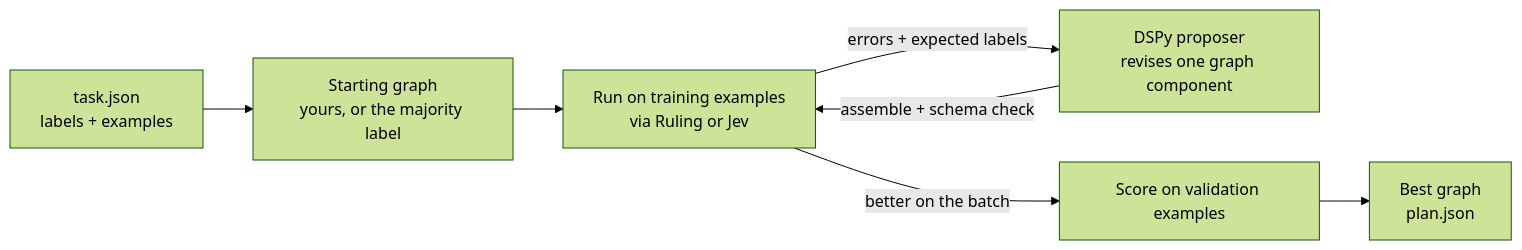
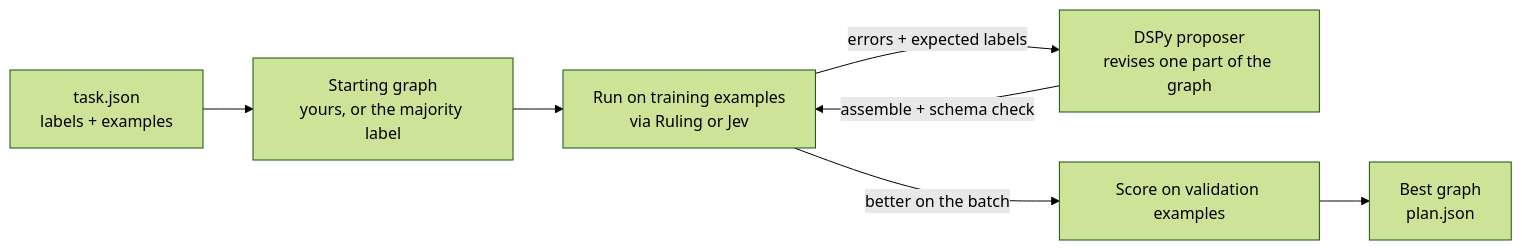
One commit to MCERQUA/rulesmith changed the fifth of 5 diagrams in docs/rules.md. Above: the diagram before and after it, drawn with Mermaid (forest theme). The commit also changed other lines of this file and 11 other files, not shown here.

````diff
--- a/docs/rules.md
+++ b/docs/rules.md
@@ -416,9 +416,9 @@
 ```mermaid
 flowchart LR
   T["task.json<br/>labels + examples"] --> S["Starting graph<br/>yours, or the majority label"]
   S --> E["Run on training examples<br/>via Ruling or Jev"]
-  E -->|"errors + expected labels"| P["DSPy proposer<br/>revises one graph component"]
+  E -->|"errors + expected labels"| P["DSPy proposer<br/>revises one part of the graph"]
   P -->|"assemble + schema check"| E
   E -->|"better on the batch"| V["Score on validation examples"]
   V --> B["Best graph<br/>plan.json"]
 ```
````
